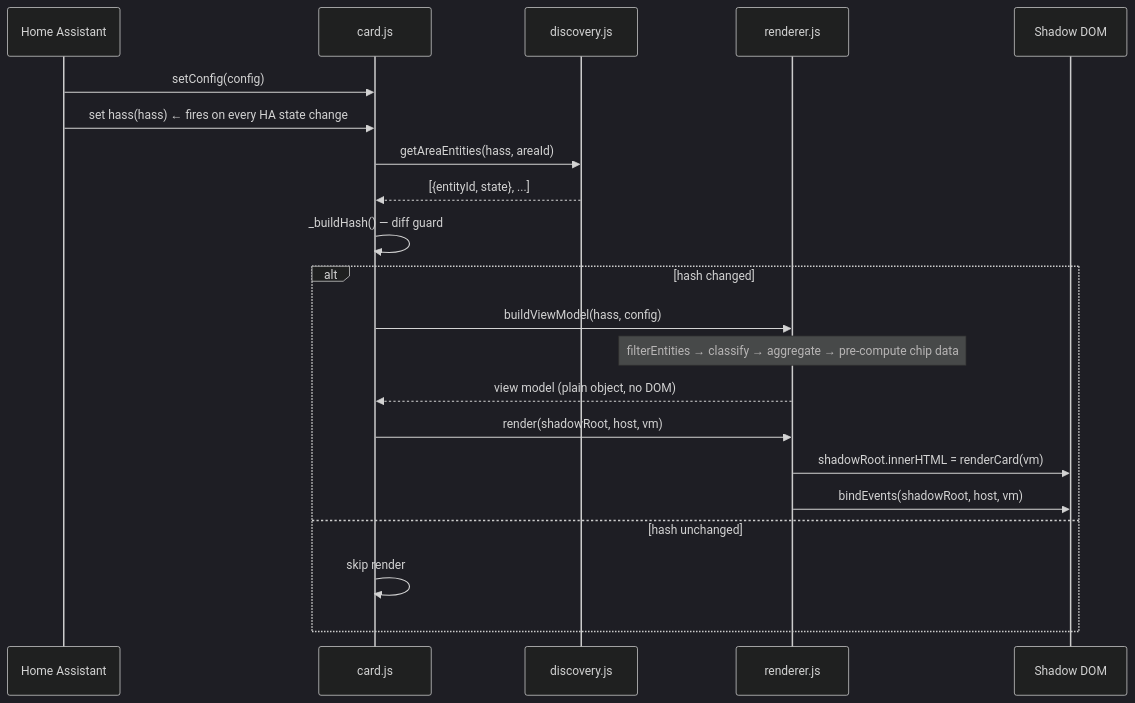
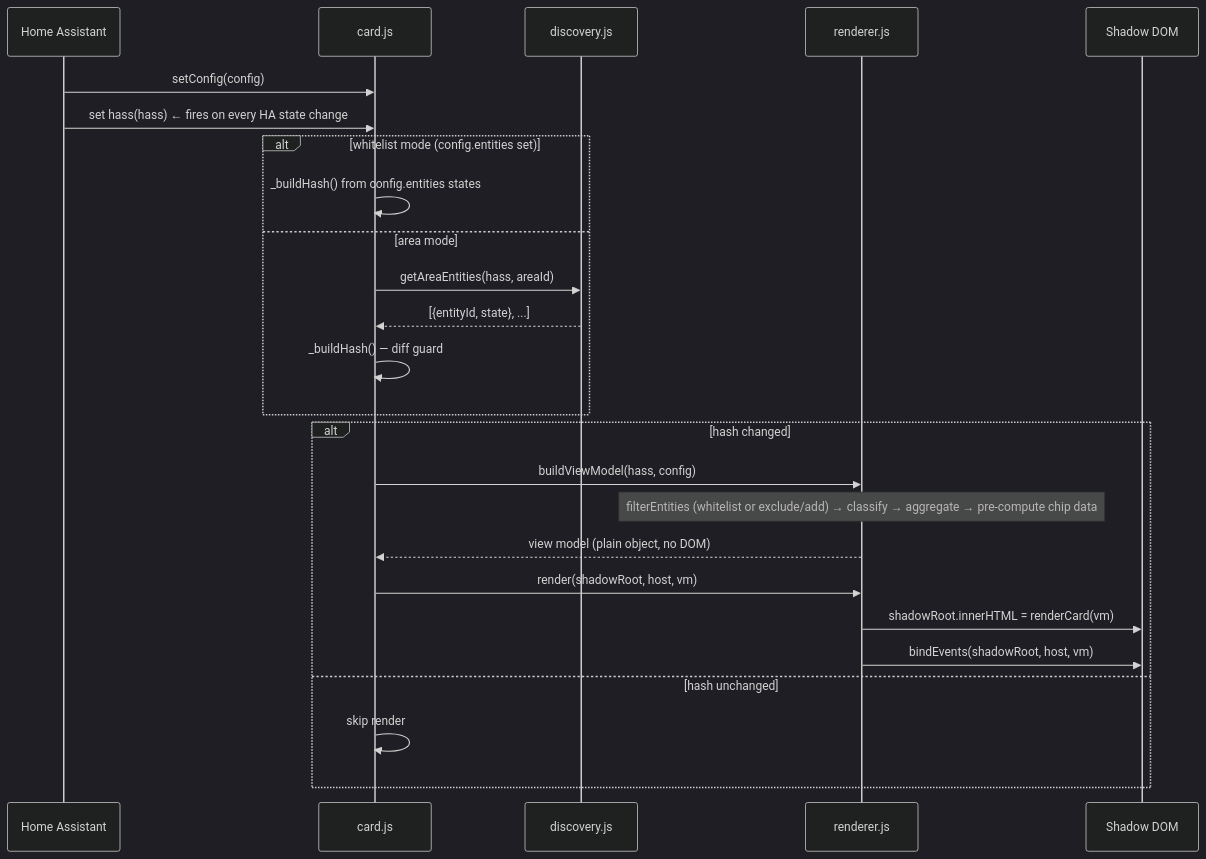
Before and after one commit to darknessnerd/hass-omnibus-card: the second of 3 diagrams in DEVELOPMENT.md, drawn with Mermaid (dark theme). The commit also changed other lines of this file and 10 other files, not shown here.

Commit message:
feat(discovery): replace include_entities with entities whitelist and add_entities

````diff
--- a/DEVELOPMENT.md
+++ b/DEVELOPMENT.md
@@ -70,26 +70,30 @@
 ```mermaid
 sequenceDiagram
   participant HA as Home Assistant
   participant C  as card.js
   participant D  as discovery.js
   participant R  as renderer.js
   participant DOM as Shadow DOM
 
   HA->>C: setConfig(config)
   HA->>C: set hass(hass)  ← fires on every HA state change
 
-  C->>D: getAreaEntities(hass, areaId)
-  D-->>C: [{entityId, state}, ...]
-  C->>C: _buildHash() — diff guard
+  alt whitelist mode (config.entities set)
+    C->>C: _buildHash() from config.entities states
+  else area mode
+    C->>D: getAreaEntities(hass, areaId)
+    D-->>C: [{entityId, state}, ...]
+    C->>C: _buildHash() — diff guard
+  end
 
   alt hash changed
     C->>R: buildViewModel(hass, config)
-    note over R: filterEntities → classify → aggregate → pre-compute chip data
+    note over R: filterEntities (whitelist or exclude/add) → classify → aggregate → pre-compute chip data
     R-->>C: view model (plain object, no DOM)
     C->>R: render(shadowRoot, host, vm)
     R->>DOM: shadowRoot.innerHTML = renderCard(vm)
     R->>DOM: bindEvents(shadowRoot, host, vm)
   else hash unchanged
     C->>C: skip render
   end
 ```
````
